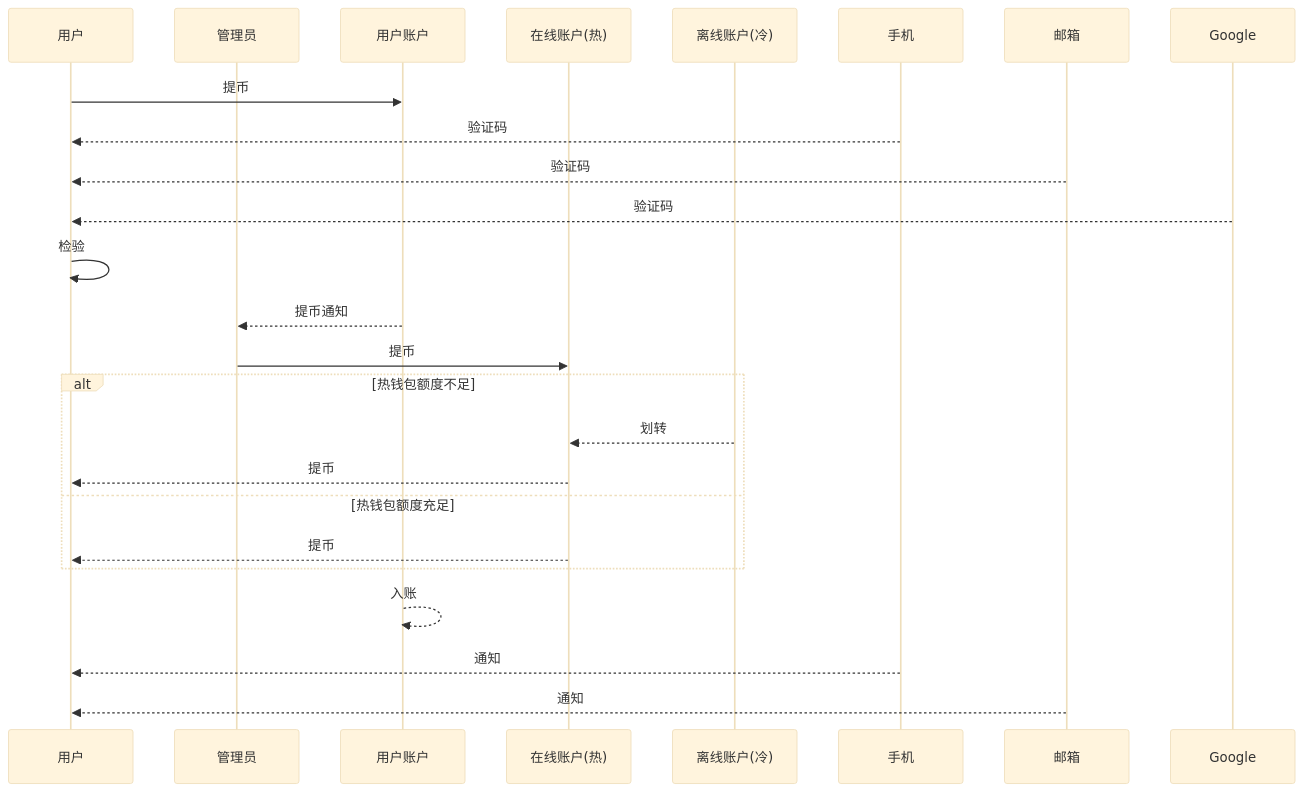
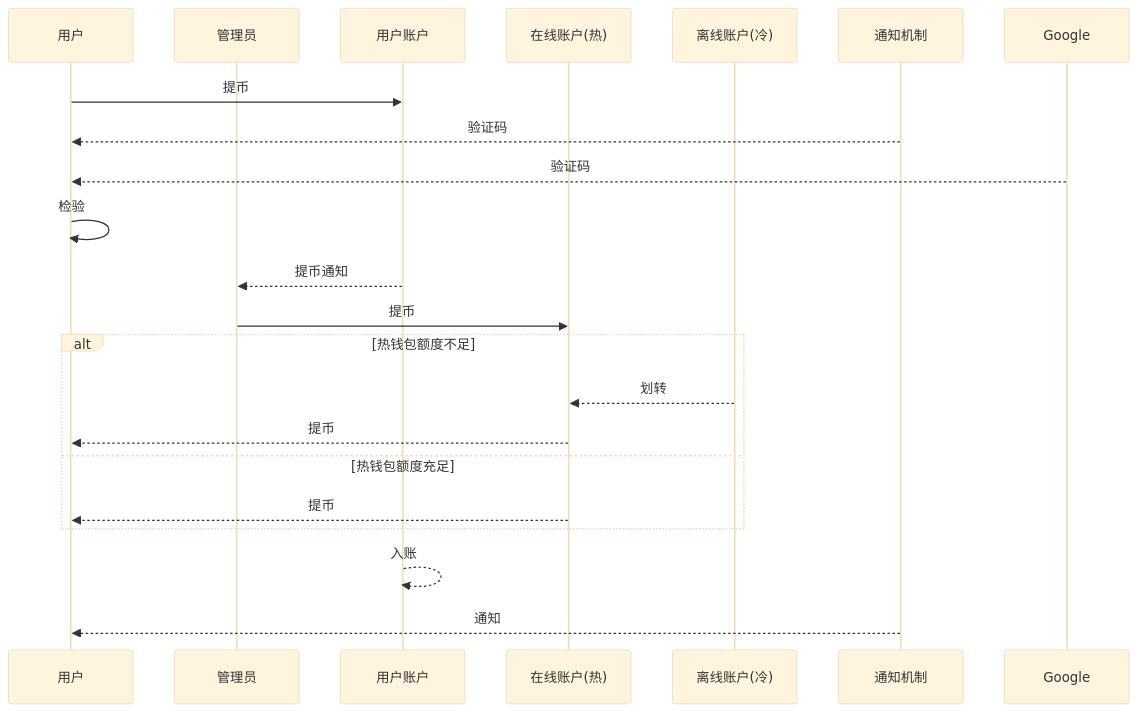
Before and after one commit to neomaclin/designdoc: diagram 11 of 15 in Readme.md, drawn with Mermaid (base theme). The commit also changed other lines of this file, not shown here.

````diff
--- a/Readme.md
+++ b/Readme.md
@@ -192,29 +205,26 @@
 ```mermaid
 
 sequenceDiagram
     participant u as 用户
     participant su as 管理员
     participant a as 用户账户
     participant ha as 在线账户(热)
     participant ca as 离线账户(冷)
-    participant p as 手机
-    participant m as 邮箱
+    participant n as 通知机制
     participant g as Google
 
     u->>a: 提币
-    p-->>u: 验证码
-    m-->>u: 验证码
+    n-->>u: 验证码
     g-->>u: 验证码
     u->>u:检验
     a-->>su: 提币通知
     su->>ha: 提币
     alt 热钱包额度不足
         ca-->>ha: 划转
         ha-->>u:提币
     else 热钱包额度充足
         ha-->>u:提币
     end
     a-->>a: 入账
-    p-->>u: 通知
-    m-->>u: 通知
+    n-->>u: 通知
 ```
````
